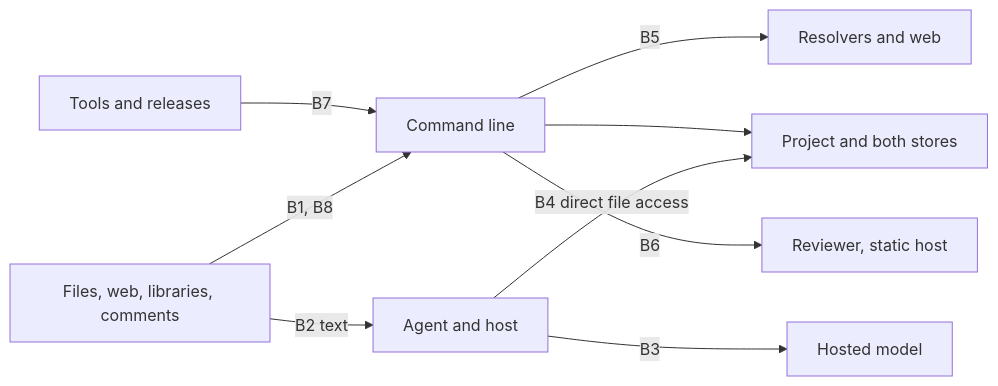
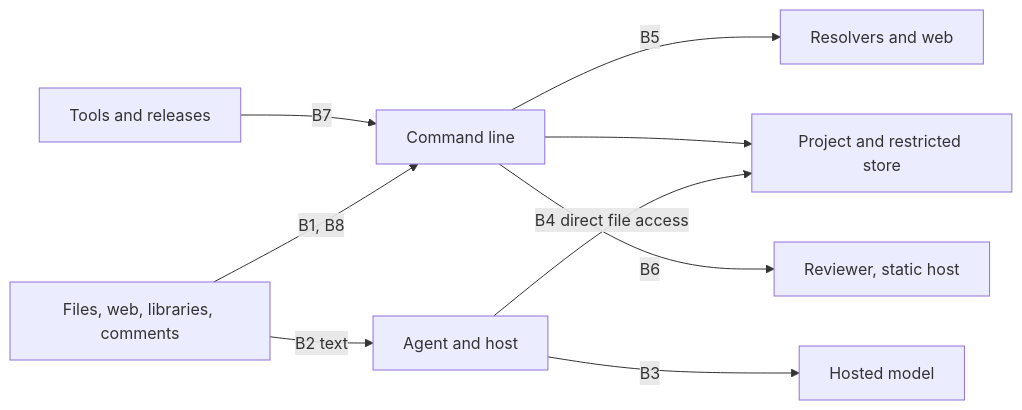
One commit to DocumentDrivenDX/stemma changed the diagram in docs/stemma/02-design/security-architecture.md. Above: the diagram before and after it, drawn with Mermaid. The commit also changed other lines of this file and 80 other files, not shown here.

````diff
--- a/docs/stemma/02-design/security-architecture.md
+++ b/docs/stemma/02-design/security-architecture.md
@@ -47,12 +47,12 @@
 ```mermaid
 %% id: stemma-trust-boundaries
 graph LR
     In["Files, web, libraries, comments"] -->|B1, B8| CLI["Command line"]
     In -->|B2 text| Agent["Agent and host"]
     Agent -->|B3| Model["Hosted model"]
-    Agent -->|B4 direct file access| Data["Project and both stores"]
+    Agent -->|B4 direct file access| Data["Project and restricted store"]
     CLI --> Data
     CLI -->|B5| Net["Resolvers and web"]
     CLI -->|B6| Out["Reviewer, static host"]
     Rel["Tools and releases"] -->|B7| CLI
 ```
````
